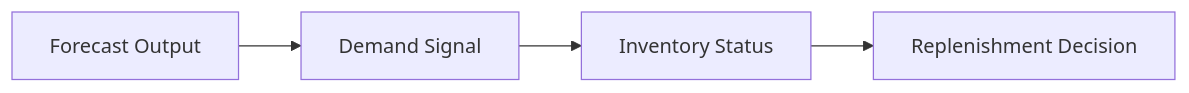
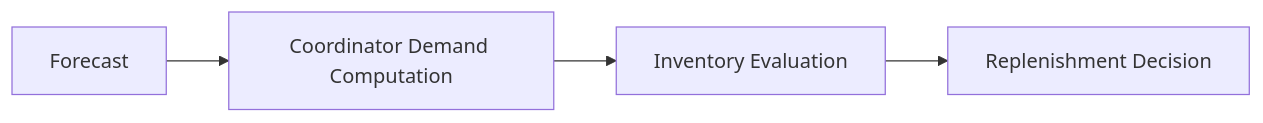
The fourth of 7 diagrams in projects/supply_chain_ai_lab/docs/architecture/01_decision_pipeline.md (Vafamehr/deterministic-llm-system), drawn with Mermaid before and after one commit. The commit also changed other lines of this file and 10 other files, not shown here.

````diff
--- a/projects/supply_chain_ai_lab/docs/architecture/01_decision_pipeline.md
+++ b/projects/supply_chain_ai_lab/docs/architecture/01_decision_pipeline.md
@@ -95,11 +111,6 @@
 ```mermaid
 flowchart LR
-    A[Forecast Output]
-    B[Demand Signal]
-    C[Inventory Status]
-    D[Replenishment Decision]
-
-    A --> B
-    B --> C
-    C --> D
+    A[Forecast] --> B[Coordinator Demand Computation]
+    B --> C[Inventory Evaluation]
+    C --> D[Replenishment Decision]
 ```
````
